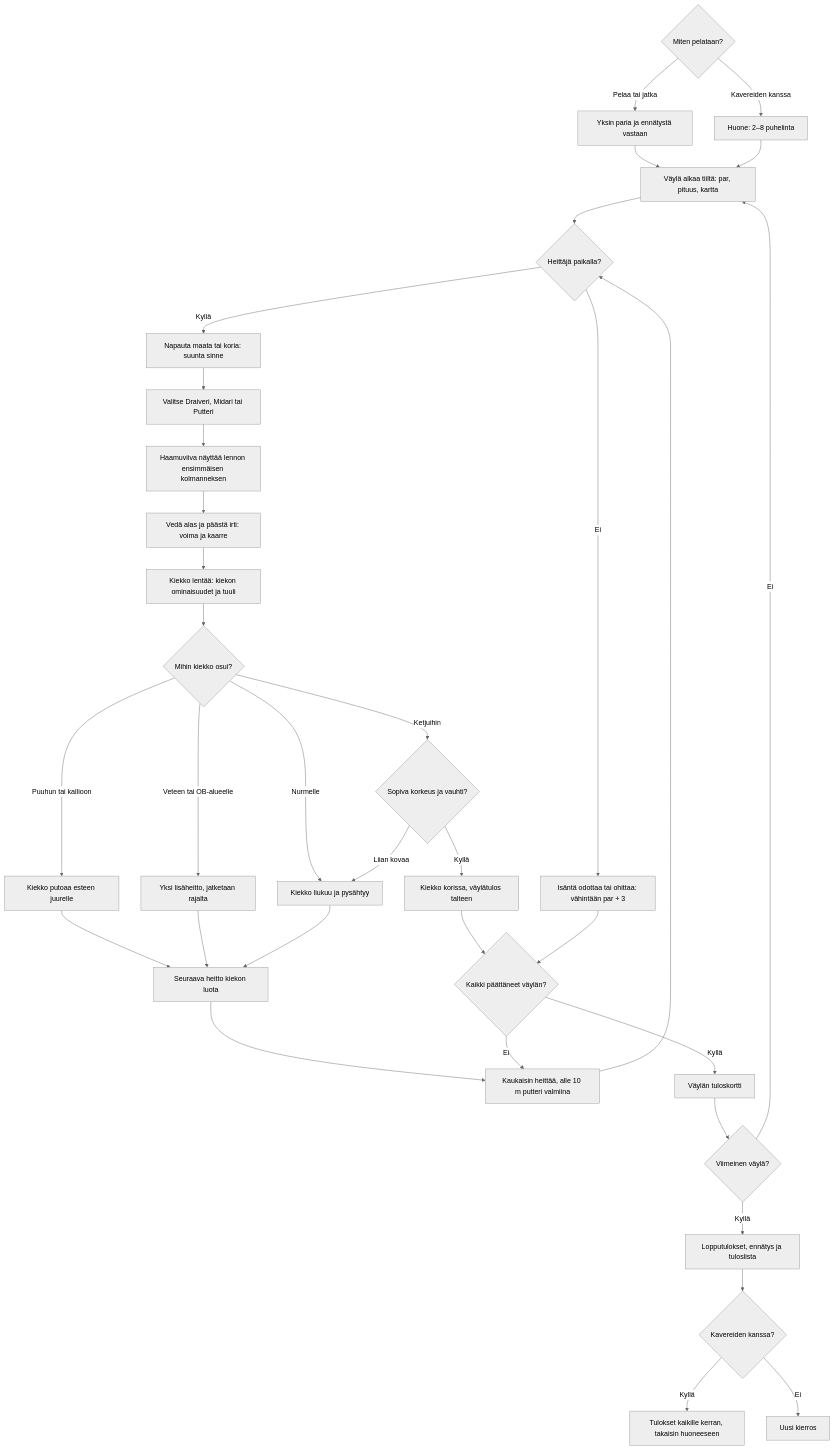
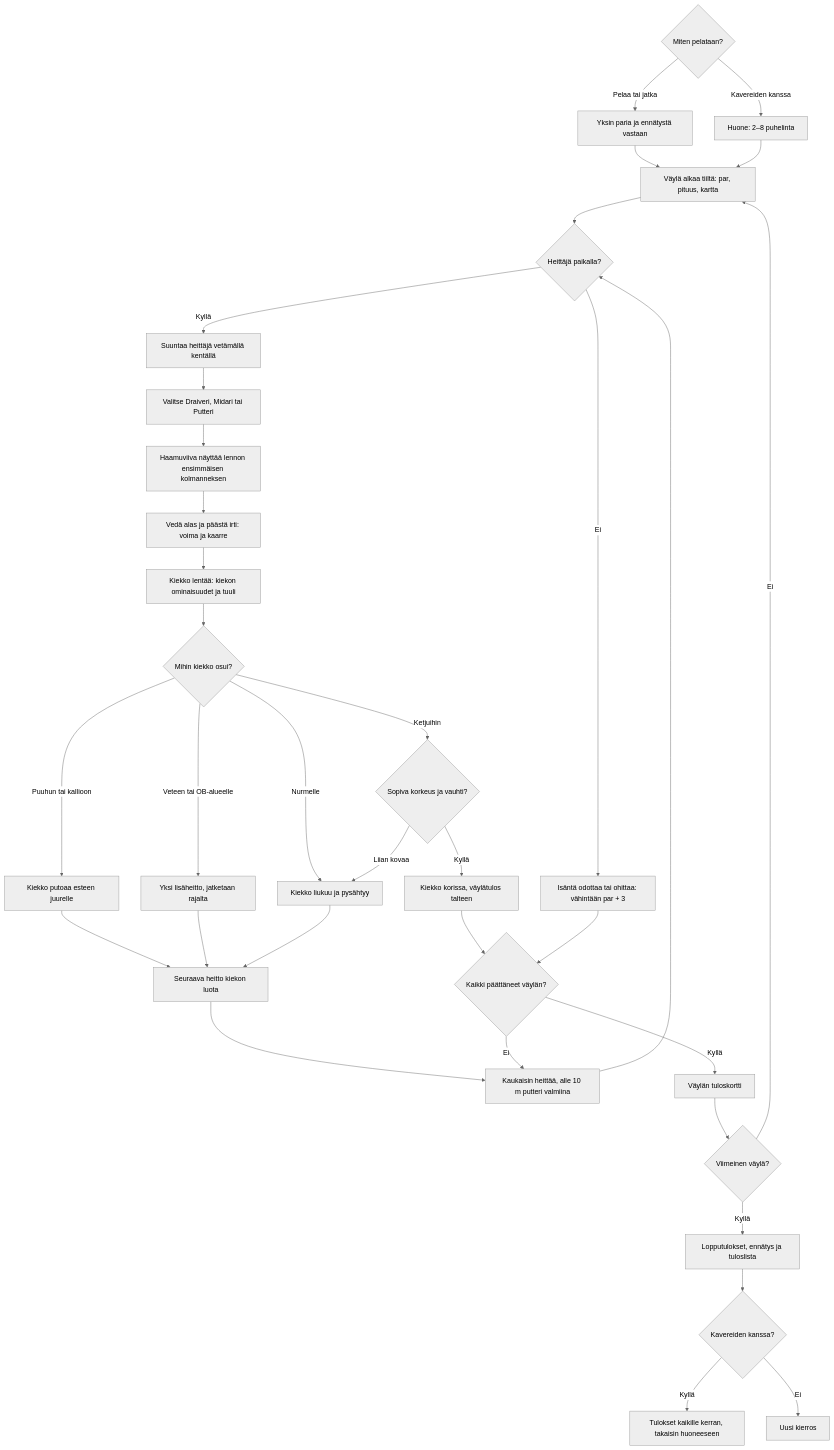
The diagram in docs/diagrams/frisbeegolf.md (eerovil/ai-pelit), drawn with Mermaid (neutral theme) before and after one commit. The commit also changed other lines of this file and 7 other files, not shown here.

````diff
--- a/docs/diagrams/frisbeegolf.md
+++ b/docs/diagrams/frisbeegolf.md
@@ -10,43 +10,43 @@
 ```mermaid
 flowchart TD
   S{Miten pelataan?}
   S -- Pelaa tai jatka --> S1[Yksin paria ja ennätystä vastaan]
   S -- Kavereiden kanssa --> S2[Huone: 2–8 puhelinta]
   S1 --> A[Väylä alkaa tiiltä: par, pituus, kartta]
   S2 --> A
   A --> T{Heittäjä paikalla?}
-  T -- Kyllä --> B[Napauta maata tai koria: suunta sinne]
+  T -- Kyllä --> B[Suuntaa heittäjä vetämällä kentällä]
   T -- Ei --> SK[Isäntä odottaa tai ohittaa: vähintään par + 3]
   B --> C[Valitse Draiveri, Midari tai Putteri]
   C --> G2[Haamuviiva näyttää lennon ensimmäisen kolmanneksen]
   G2 --> D[Vedä alas ja päästä irti: voima ja kaarre]
   D --> E[Kiekko lentää: kiekon ominaisuudet ja tuuli]
   E --> F{Mihin kiekko osui?}
   F -- Puuhun tai kallioon --> G[Kiekko putoaa esteen juurelle]
   F -- Veteen tai OB-alueelle --> H[Yksi lisäheitto, jatketaan rajalta]
   F -- Ketjuihin --> I{Sopiva korkeus ja vauhti?}
   F -- Nurmelle --> J[Kiekko liukuu ja pysähtyy]
   I -- Kyllä --> K[Kiekko korissa, väylätulos talteen]
   I -- Liian kovaa --> J
   G --> L[Seuraava heitto kiekon luota]
   H --> L
   J --> L
   K --> N{Kaikki päättäneet väylän?}
   SK --> N
   L --> V[Kaukaisin heittää, alle 10 m putteri valmiina]
   V --> T
   N -- Ei --> V
   N -- Kyllä --> O[Väylän tuloskortti]
   O --> P{Viimeinen väylä?}
   P -- Ei --> A
   P -- Kyllä --> Q[Lopputulokset, ennätys ja tuloslista]
   Q --> R{Kavereiden kanssa?}
   R -- Kyllä --> X[Tulokset kaikille kerran, takaisin huoneeseen]
   R -- Ei --> U[Uusi kierros]
   class S,T,F,I,N,P,R amber
   class S1,A,B,C,G2,D,L,V,O,U blue
   class E,J teal
   class S2,SK,X violet
   class K,Q green
   class G,H rose
 ```
````
